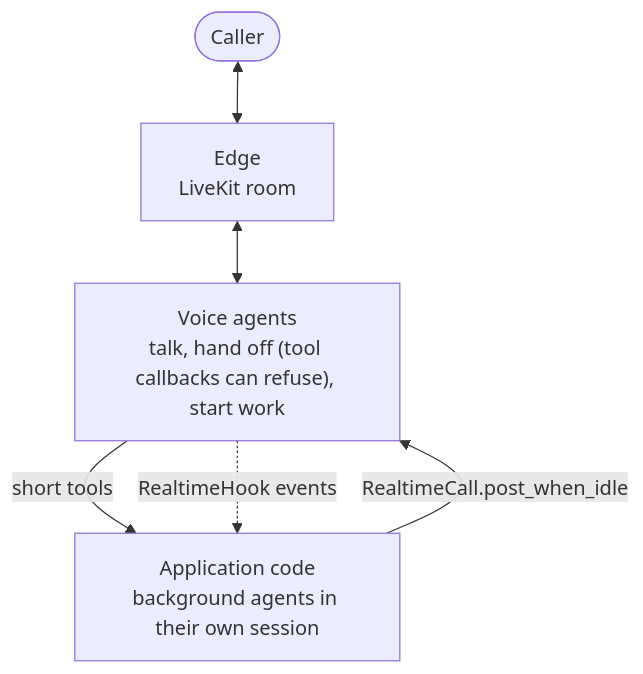
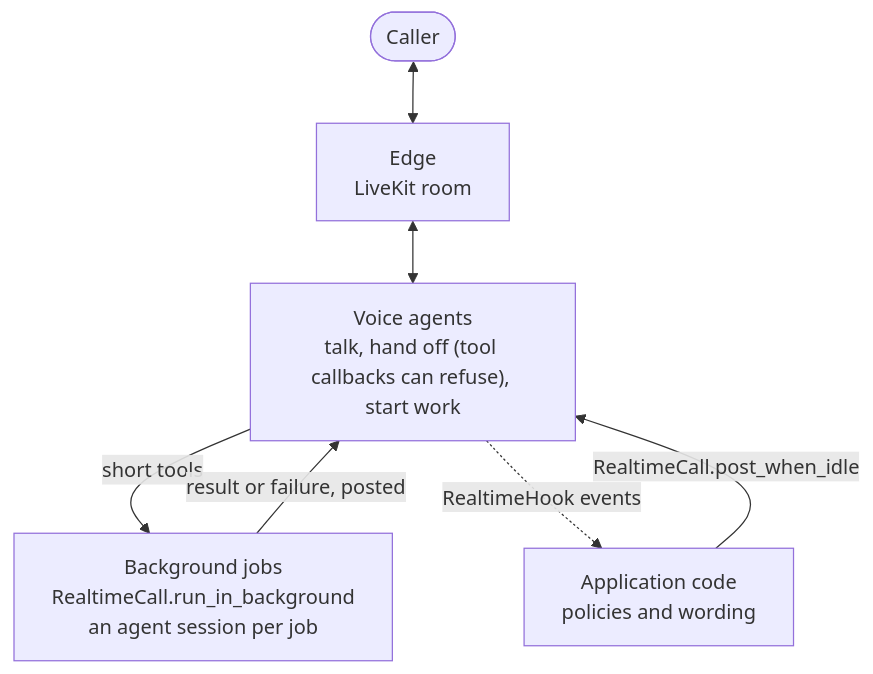
Before and after one commit to pulindu-yl/agent-kernel: the diagram in docs/specs/810-realtime-multi-agent-collaboration/design.md, drawn with Mermaid. The commit also changed other lines of this file and 28 other files, not shown here.

Commit message:
feat(realtime): add hosted background jobs, idle hooks, and gateway pooling

````diff
--- a/docs/specs/810-realtime-multi-agent-collaboration/design.md
+++ b/docs/specs/810-realtime-multi-agent-collaboration/design.md
@@ -38,8 +54,9 @@
 ```mermaid
 flowchart TB
     C(["Caller"]) <--> E["Edge<br/>LiveKit room"]
     E <--> V["Voice agents<br/>talk, hand off (tool callbacks can refuse), start work"]
-    V -- "short tools" --> APP["Application code<br/>background agents in their own session"]
-    APP -- "RealtimeCall.post_when_idle" --> V
+    V -- "short tools" --> J["Background jobs<br/>RealtimeCall.run_in_background<br/>an agent session per job"]
+    J -- "result or failure, posted" --> V
+    APP["Application code<br/>policies and wording"] -- "RealtimeCall.post_when_idle" --> V
     V -. "RealtimeHook events" .-> APP
 ```
````
